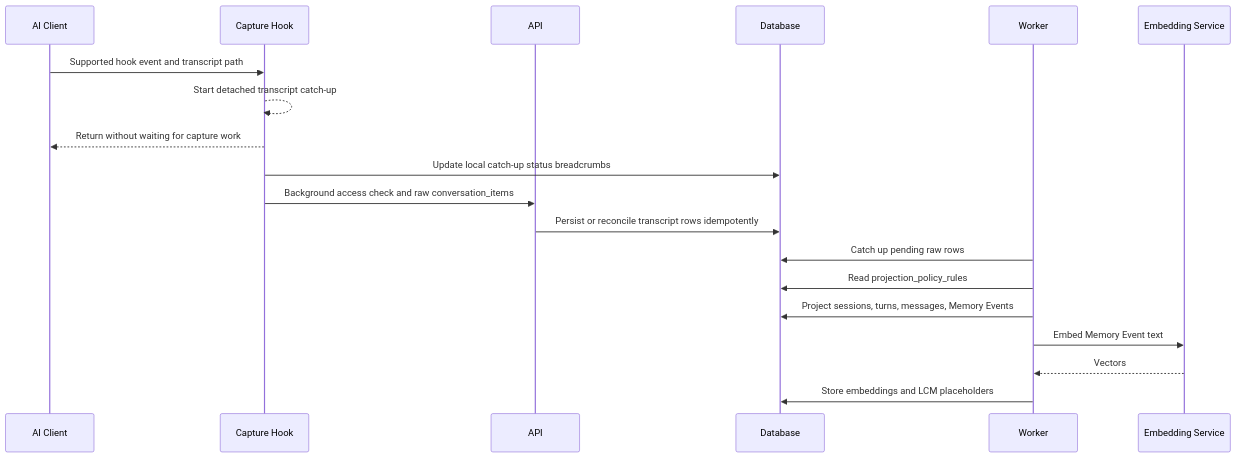
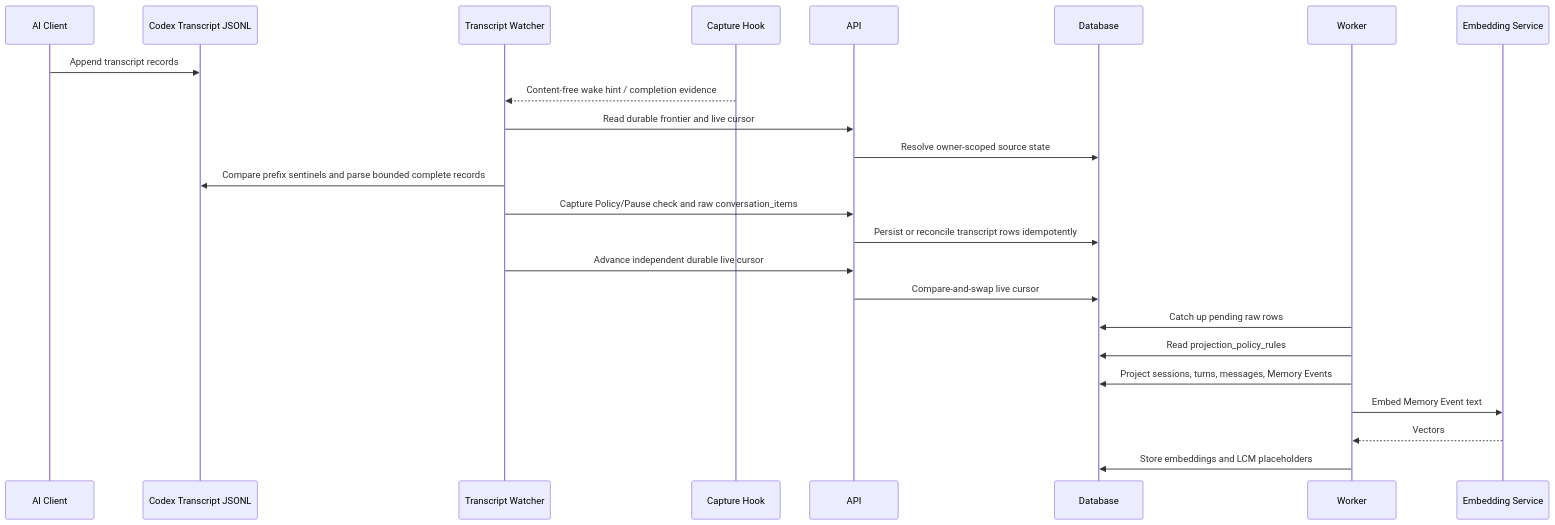
Before and after one commit to johncarmack1984/koed: the first of 5 diagrams in docs/service-sequence-overview.md, drawn with Mermaid. The commit also changed other lines of this file and 34 other files, not shown here.

Commit message:
Add continuous Codex transcript watching (#311)

````diff
--- a/docs/service-sequence-overview.md
+++ b/docs/service-sequence-overview.md
@@ -680,22 +691,27 @@
 ```mermaid
 sequenceDiagram
   participant Client as AI Client
+  participant Transcript as Codex Transcript JSONL
+  participant Watcher as Transcript Watcher
   participant Hook as Capture Hook
   participant API as API
   participant DB as Database
   participant Worker as Worker
   participant Embed as Embedding Service
 
-  Client->>Hook: Supported hook event and transcript path
-  Hook-->>Hook: Start detached transcript catch-up
-  Hook-->>Client: Return without waiting for capture work
-  Hook->>DB: Update local catch-up status breadcrumbs
-  Hook->>API: Background access check and raw conversation_items
+  Client->>Transcript: Append transcript records
+  Hook-->>Watcher: Content-free wake hint / completion evidence
+  Watcher->>API: Read durable frontier and live cursor
+  API->>DB: Resolve owner-scoped source state
+  Watcher->>Transcript: Compare prefix sentinels and parse bounded complete records
+  Watcher->>API: Capture Policy/Pause check and raw conversation_items
   API->>DB: Persist or reconcile transcript rows idempotently
+  Watcher->>API: Advance independent durable live cursor
+  API->>DB: Compare-and-swap live cursor
   Worker->>DB: Catch up pending raw rows
   Worker->>DB: Read projection_policy_rules
   Worker->>DB: Project sessions, turns, messages, Memory Events
   Worker->>Embed: Embed Memory Event text
   Embed-->>Worker: Vectors
   Worker->>DB: Store embeddings and LCM placeholders
 ```
````
